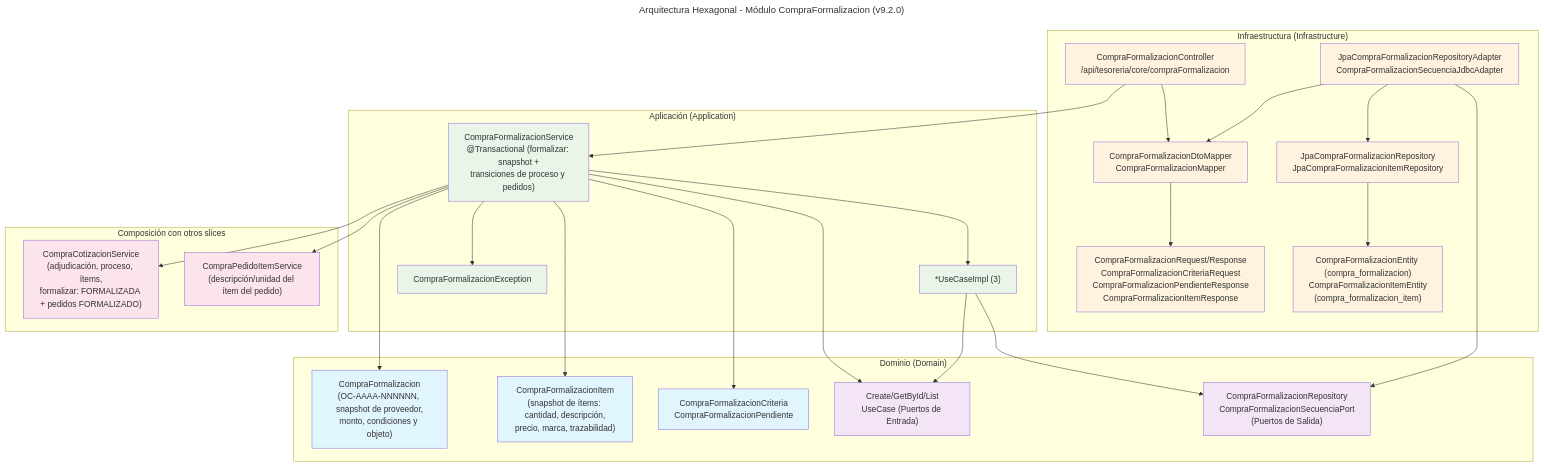
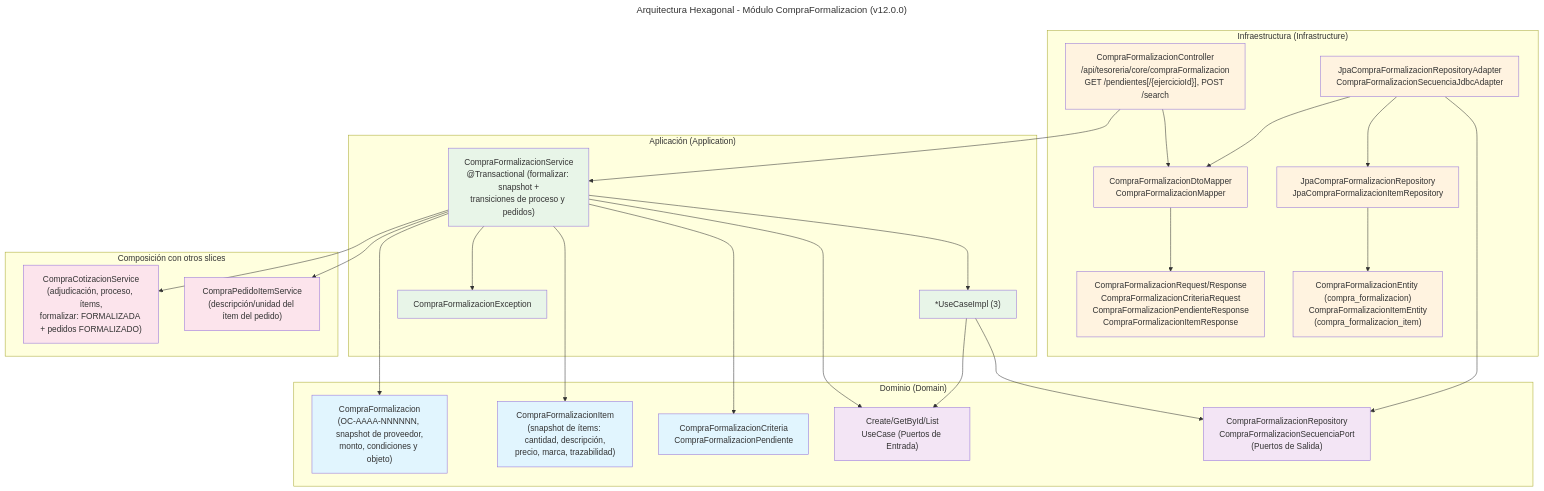
One commit to UM-services/UM.tesoreria.core-service changed the diagram in docs/hexagonal-compraFormalizacion.mmd. Above: the diagram before and after it, drawn with Mermaid. The commit also changed 11 other files, not shown here.

```diff
--- a/docs/hexagonal-compraFormalizacion.mmd
+++ b/docs/hexagonal-compraFormalizacion.mmd
@@ -1,66 +1,66 @@
 ---
-title: Arquitectura Hexagonal - Módulo CompraFormalizacion (v9.2.0)
+title: Arquitectura Hexagonal - Módulo CompraFormalizacion (v12.0.0)
 ---
 flowchart TD
     subgraph Dominio ["Dominio (Domain)"]
         M["CompraFormalizacion<br/>(OC-AAAA-NNNNNN, snapshot de proveedor,<br/>monto, condiciones y objeto)"]
         M2["CompraFormalizacionItem<br/>(snapshot de ítems: cantidad, descripción,<br/>precio, marca, trazabilidad)"]
         M3["CompraFormalizacionCriteria<br/>CompraFormalizacionPendiente"]
         IN["Create/GetById/List<br/>UseCase (Puertos de Entrada)"]
         OUT["CompraFormalizacionRepository<br/>CompraFormalizacionSecuenciaPort<br/>(Puertos de Salida)"]
     end
 
     subgraph Aplicacion ["Aplicación (Application)"]
         Svc["CompraFormalizacionService<br/>@Transactional (formalizar: snapshot +<br/>transiciones de proceso y pedidos)"]
         UCs["*UseCaseImpl (3)"]
         Exc["CompraFormalizacionException"]
     end
 
     subgraph Infraestructura ["Infraestructura (Infrastructure)"]
-        Ctrl["CompraFormalizacionController<br/>/api/tesoreria/core/compraFormalizacion"]
+        Ctrl["CompraFormalizacionController<br/>/api/tesoreria/core/compraFormalizacion<br/>GET /pendientes[/{ejercicioId}], POST /search"]
         DTO["CompraFormalizacionRequest/Response<br/>CompraFormalizacionCriteriaRequest<br/>CompraFormalizacionPendienteResponse<br/>CompraFormalizacionItemResponse"]
         Map["CompraFormalizacionDtoMapper<br/>CompraFormalizacionMapper"]
         Adp["JpaCompraFormalizacionRepositoryAdapter<br/>CompraFormalizacionSecuenciaJdbcAdapter"]
         Ent["CompraFormalizacionEntity (compra_formalizacion)<br/>CompraFormalizacionItemEntity<br/>(compra_formalizacion_item)"]
         Jpa["JpaCompraFormalizacionRepository<br/>JpaCompraFormalizacionItemRepository"]
     end
 
     subgraph CrossSlice ["Composición con otros slices"]
         Cot["CompraCotizacionService<br/>(adjudicación, proceso, ítems,<br/>formalizar: FORMALIZADA + pedidos FORMALIZADO)"]
         Item["CompraPedidoItemService<br/>(descripción/unidad del ítem del pedido)"]
     end
 
     Ctrl --> Svc
     Ctrl --> Map
     Map --> DTO
     Svc --> IN
     Svc --> UCs
     Svc --> Exc
     Svc --> Cot
     Svc --> Item
     Svc --> M
     Svc --> M2
     Svc --> M3
     UCs --> IN
     UCs --> OUT
     Adp --> OUT
     Adp --> Map
     Adp --> Jpa
     Jpa --> Ent
 
     style M fill:#e1f5fe
     style M2 fill:#e1f5fe
     style M3 fill:#e1f5fe
     style IN fill:#f3e5f5
     style OUT fill:#f3e5f5
     style Svc fill:#e8f5e8
     style UCs fill:#e8f5e8
     style Exc fill:#e8f5e8
     style Ctrl fill:#fff3e0
     style DTO fill:#fff3e0
     style Map fill:#fff3e0
     style Adp fill:#fff3e0
     style Ent fill:#fff3e0
     style Jpa fill:#fff3e0
     style Cot fill:#fce4ec
     style Item fill:#fce4ec
```
